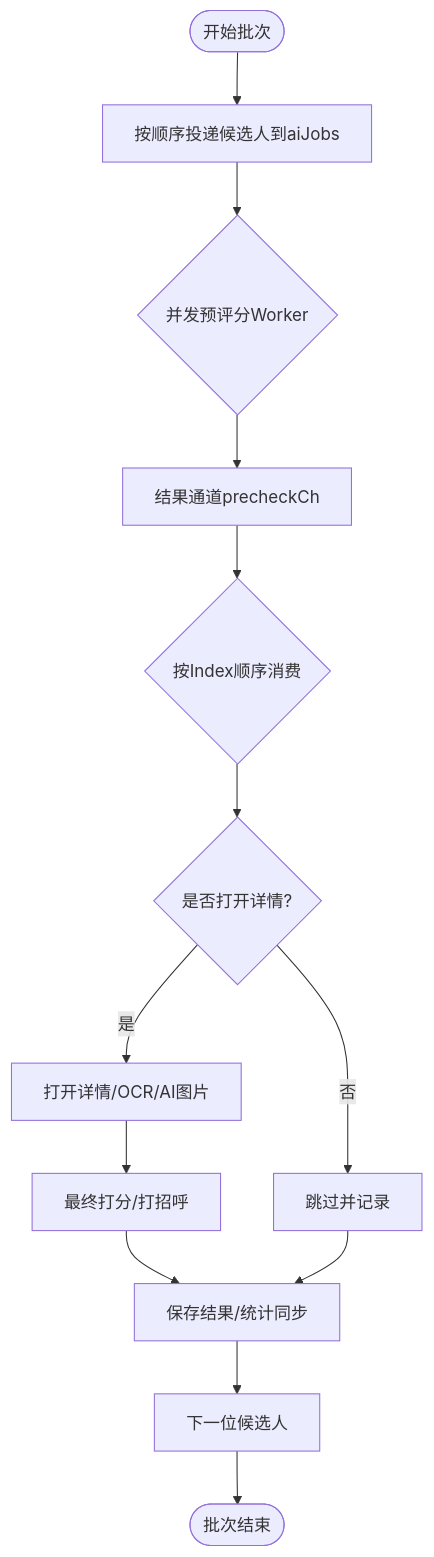
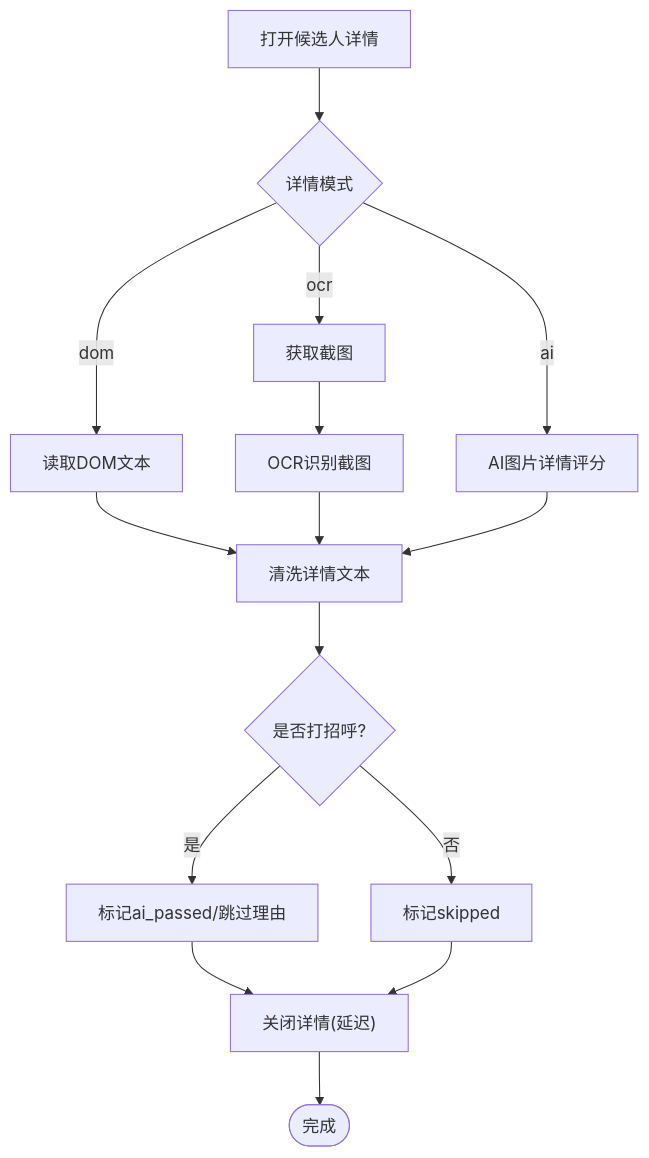
The sixth of 10 diagrams in .qoder/repowiki/zh/content/系统架构/本地Agent架构/任务调度器.md (alvinwangzi/goodhr), drawn with Mermaid before and after one commit. The commit also changed other lines of this file and 149 other files, not shown here.

````diff
--- a/.qoder/repowiki/zh/content/系统架构/本地Agent架构/任务调度器.md
+++ b/.qoder/repowiki/zh/content/系统架构/本地Agent架构/任务调度器.md
@@ -155,15 +291,17 @@
 ```mermaid
 flowchart TD
-Start(["开始批次"]) --> Feed["按顺序投递候选人到aiJobs"]
-Feed --> Workers{"并发预评分Worker"}
-Workers --> ResultCh["结果通道precheckCh"]
-ResultCh --> Order{"按Index顺序消费"}
-Order --> Decision{"是否打开详情?"}
-Decision --> |否| Skip["跳过并记录"]
-Decision --> |是| Detail["打开详情/OCR/AI图片"]
-Detail --> Finalize["最终打分/打招呼"]
-Finalize --> Save["保存结果/统计同步"]
-Skip --> Save
-Save --> Next["下一位候选人"]
-Next --> End(["批次结束"])
+OpenDetail["打开候选人详情"] --> Mode{"详情模式"}
+Mode --> |dom| ReadDOM["读取DOM文本"]
+Mode --> |ocr| Screenshot["获取截图"]
+Screenshot --> OCR["OCR识别截图"]
+Mode --> |ai| Vision["AI图片详情评分"]
+ReadDOM --> CleanText["清洗详情文本"]
+OCR --> CleanText
+Vision --> CleanText
+CleanText --> Decision{"是否打招呼?"}
+Decision --> |是| Pass["标记ai_passed/跳过理由"]
+Decision --> |否| Skip["标记skipped"]
+Pass --> CloseDetail["关闭详情(延迟)"]
+Skip --> CloseDetail
+CloseDetail --> Done(["完成"])
 ```
````
